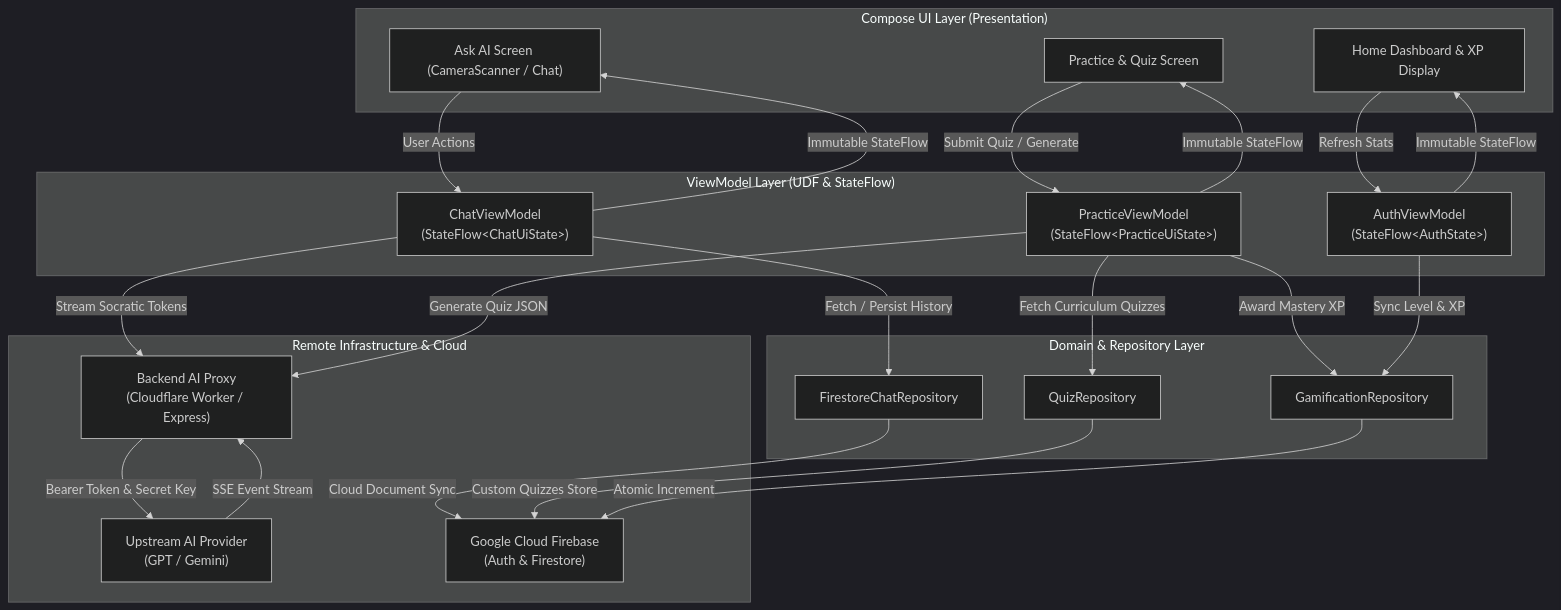
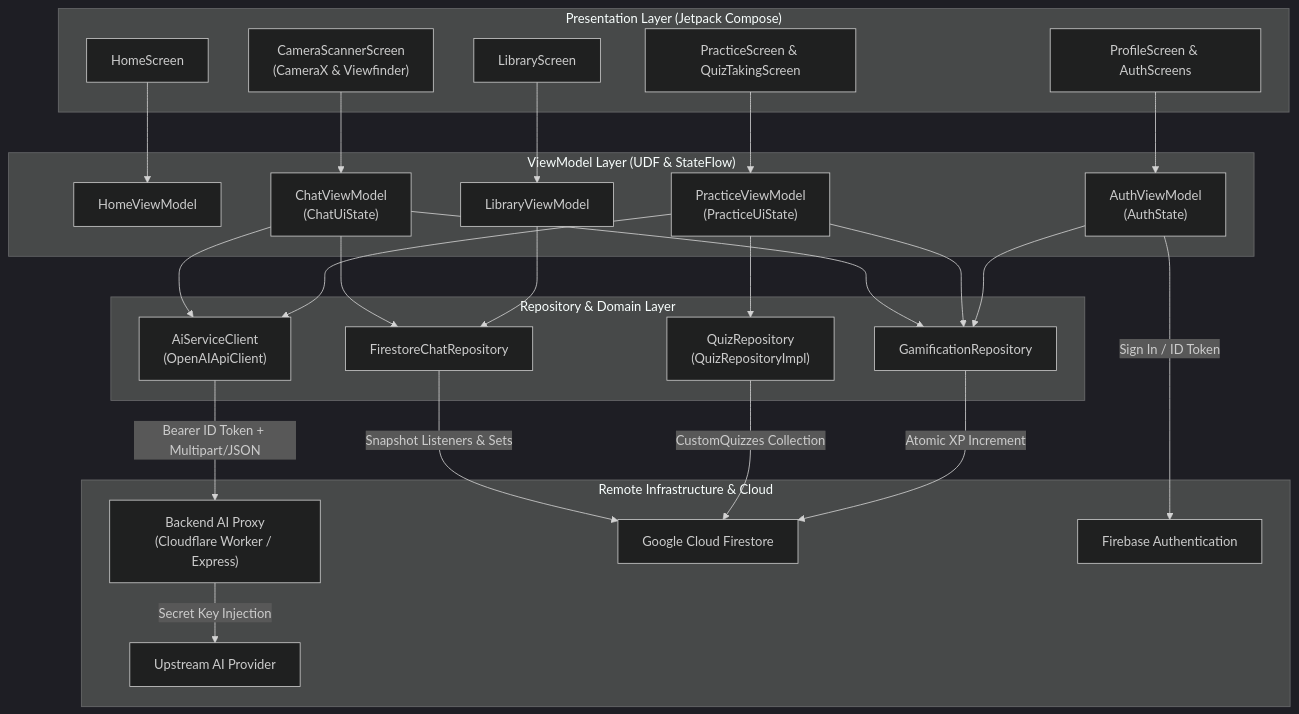
One commit to TranVuDuc1201/Study_Mentor_BTEC_BestCoder changed the diagram in README.md. Above: the diagram before and after it, drawn with Mermaid (dark theme). The commit also changed other lines of this file and 9 other files, not shown here.

First line of the commit message:
fix(quiz): resolve bugs in AI Custom Quiz Generator flow and add Review Answers feature

````diff
--- a/README.md
+++ b/README.md
@@ -117,47 +181,57 @@
 ```mermaid
 flowchart TD
-    subgraph UI ["Compose UI Layer (Presentation)"]
-        ChatScreen["Ask AI Screen (CameraScanner / Chat)"]
-        PracticeScreen["Practice & Quiz Screen"]
-        HomeScreen["Home Dashboard & XP Display"]
+    subgraph Presentation ["Presentation Layer (Jetpack Compose)"]
+        HomeScreen["HomeScreen"]
+        CameraScreen["CameraScannerScreen\n(CameraX & Viewfinder)"]
+        PracticeScreen["PracticeScreen & QuizTakingScreen"]
+        LibraryScreen["LibraryScreen"]
+        ProfileScreen["ProfileScreen & AuthScreens"]
     end
 
-    subgraph VM ["ViewModel Layer (UDF & StateFlow)"]
-        ChatVM["ChatViewModel\n(StateFlow&lt;ChatUiState&gt;)"]
-        PracticeVM["PracticeViewModel\n(StateFlow&lt;PracticeUiState&gt;)"]
-        AuthVM["AuthViewModel\n(StateFlow&lt;AuthState&gt;)"]
+    subgraph ViewModels ["ViewModel Layer (UDF & StateFlow)"]
+        HomeVM["HomeViewModel"]
+        ChatVM["ChatViewModel\n(ChatUiState)"]
+        PracticeVM["PracticeViewModel\n(PracticeUiState)"]
+        LibraryVM["LibraryViewModel"]
+        AuthVM["AuthViewModel\n(AuthState)"]
     end
 
-    subgraph Repo ["Domain & Repository Layer"]
+    subgraph Repositories ["Repository & Domain Layer"]
         ChatRepo["FirestoreChatRepository"]
-        QuizRepo["QuizRepository"]
+        QuizRepo["QuizRepository\n(QuizRepositoryImpl)"]
         GamificationRepo["GamificationRepository"]
+        AiClient["AiServiceClient\n(OpenAIApiClient)"]
     end
 
-    subgraph Remote ["Remote Infrastructure & Cloud"]
+    subgraph Infrastructure ["Remote Infrastructure & Cloud"]
         Proxy["Backend AI Proxy\n(Cloudflare Worker / Express)"]
-        UpstreamAI["Upstream AI Provider\n(GPT / Gemini)"]
-        Firebase["Google Cloud Firebase\n(Auth & Firestore)"]
+        Firestore["Google Cloud Firestore"]
+        FirebaseAuth["Firebase Authentication"]
+        UpstreamAI["Upstream AI Provider"]
     end
 
-    ChatScreen -->|User Actions| ChatVM
-    ChatVM -->|Immutable StateFlow| ChatScreen
-    PracticeScreen -->|Submit Quiz / Generate| PracticeVM
-    PracticeVM -->|Immutable StateFlow| PracticeScreen
-    HomeScreen -->|Refresh Stats| AuthVM
-    AuthVM -->|Immutable StateFlow| HomeScreen
+    %% UI to ViewModel
+    HomeScreen --> HomeVM
+    CameraScreen --> ChatVM
+    PracticeScreen --> PracticeVM
+    LibraryScreen --> LibraryVM
+    ProfileScreen --> AuthVM
 
-    ChatVM -->|Fetch / Persist History| ChatRepo
-    ChatVM -->|Stream Socratic Tokens| Proxy
-    PracticeVM -->|Fetch Curriculum Quizzes| QuizRepo
-    PracticeVM -->|Award Mastery XP| GamificationRepo
-    PracticeVM -->|Generate Quiz JSON| Proxy
-    AuthVM -->|Sync Level & XP| GamificationRepo
+    %% ViewModels to Repositories
+    ChatVM --> ChatRepo
+    ChatVM --> AiClient
+    ChatVM --> GamificationRepo
+    PracticeVM --> QuizRepo
+    PracticeVM --> GamificationRepo
+    PracticeVM --> AiClient
+    LibraryVM --> ChatRepo
+    AuthVM --> GamificationRepo
 
-    ChatRepo -->|Cloud Document Sync| Firebase
-    QuizRepo -->|Custom Quizzes Store| Firebase
-    GamificationRepo -->|Atomic Increment| Firebase
-
-    Proxy -->|Bearer Token & Secret Key| UpstreamAI
-    UpstreamAI -->|SSE Event Stream| Proxy
+    %% Repositories to Remote
+    AiClient -->|Bearer ID Token + Multipart/JSON| Proxy
+    Proxy -->|Secret Key Injection| UpstreamAI
+    ChatRepo -->|Snapshot Listeners & Sets| Firestore
+    QuizRepo -->|CustomQuizzes Collection| Firestore
+    GamificationRepo -->|Atomic XP Increment| Firestore
+    AuthVM -->|Sign In / ID Token| FirebaseAuth
 ```
````
